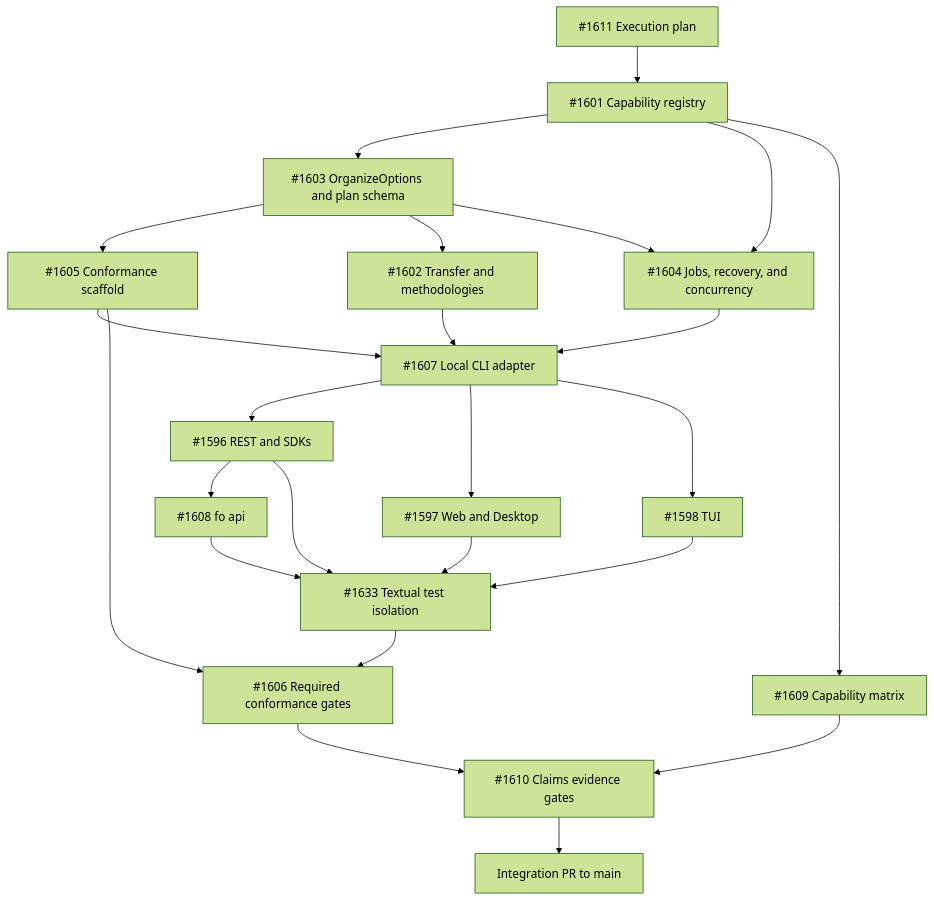
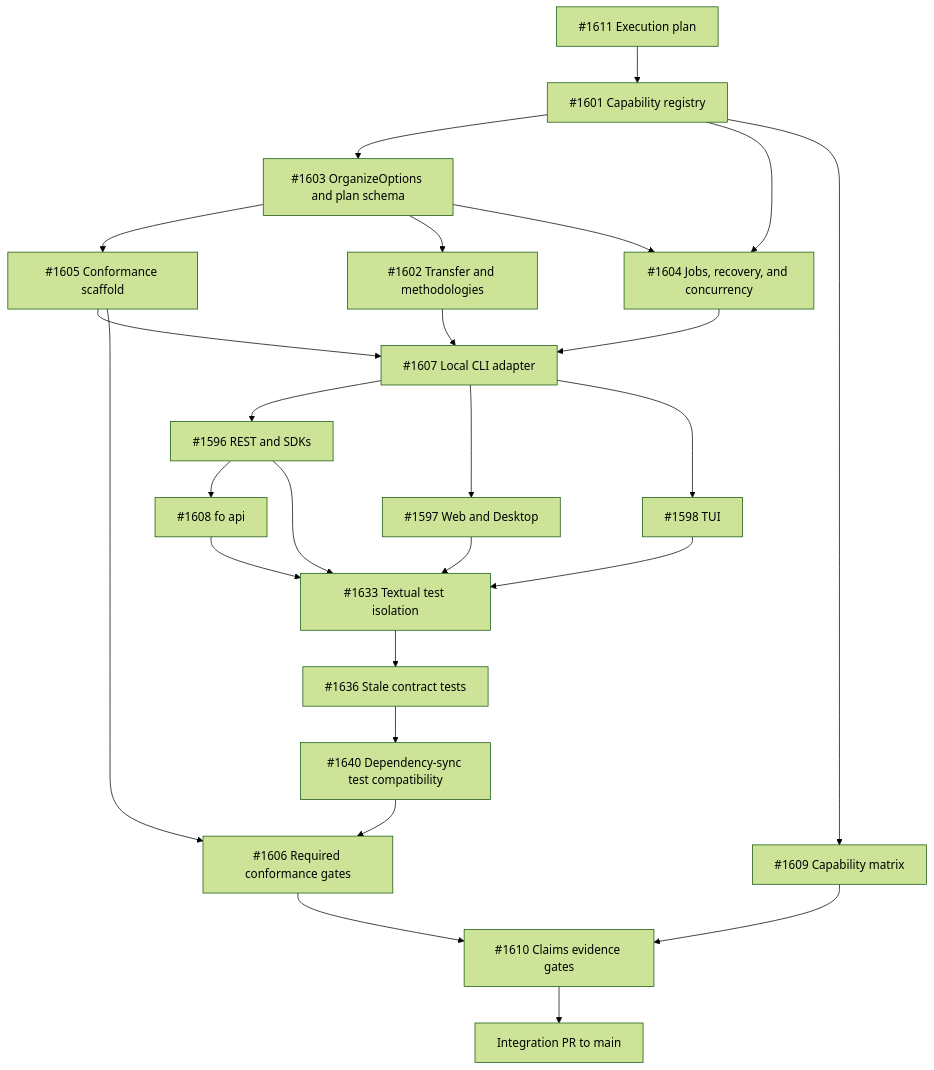
One commit to curdriceaurora/Local-File-Organizer changed the diagram in docs/architecture/cross-surface-parity-execution.md. Above: the diagram before and after it, drawn with Mermaid (forest theme). The commit also changed other lines of this file and 4 other files, not shown here.

First line of the commit message:
Align stale tests with parity contracts (#1639)

````diff
--- a/docs/architecture/cross-surface-parity-execution.md
+++ b/docs/architecture/cross-surface-parity-execution.md
@@ -104,26 +106,28 @@
 ```mermaid
 flowchart TD
     P["#1611 Execution plan"] --> A["#1601 Capability registry"]
     A --> B["#1603 OrganizeOptions and plan schema"]
     B --> C["#1605 Conformance scaffold"]
     B --> D["#1602 Transfer and methodologies"]
     A --> E["#1604 Jobs, recovery, and concurrency"]
     B --> E
     C --> F["#1607 Local CLI adapter"]
     D --> F
     E --> F
     F --> G["#1596 REST and SDKs"]
     F --> H["#1597 Web and Desktop"]
     F --> I["#1598 TUI"]
     G --> J["#1608 fo api"]
     G --> O["#1633 Textual test isolation"]
     H --> O
     I --> O
     J --> O
-    O --> K["#1606 Required conformance gates"]
+    O --> Q["#1636 Stale contract tests"]
+    Q --> R["#1640 Dependency-sync test compatibility"]
+    R --> K["#1606 Required conformance gates"]
     A --> L["#1609 Capability matrix"]
     C --> K
     K --> M["#1610 Claims evidence gates"]
     L --> M
     M --> N["Integration PR to main"]
 ```
````
